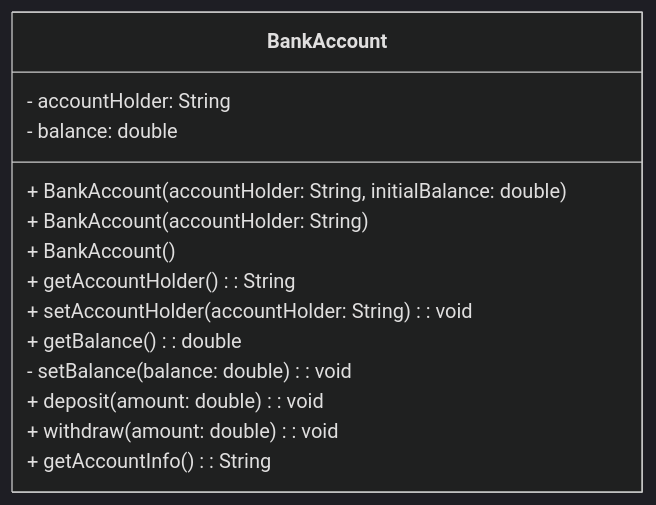
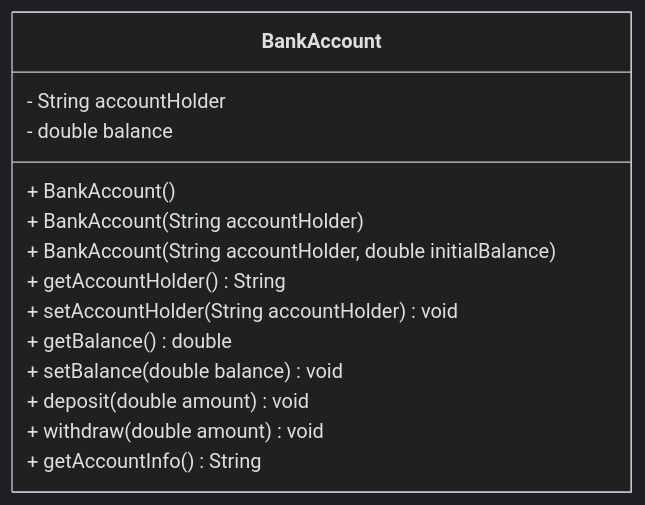
One commit to SMASobur/OOP1_exercises changed the diagram in src/main/java/exercise_1/ULM.mermaid. Above: the diagram before and after it, drawn with Mermaid (dark theme). The commit also changed 1 other file, not shown here.

```diff
--- a/src/main/java/exercise_1/ULM.mermaid
+++ b/src/main/java/exercise_1/ULM.mermaid
@@ -1,15 +1,15 @@
 classDiagram
     class BankAccount {
-        - accountHolder: String
-        - balance: double
-        + BankAccount(accountHolder: String, initialBalance: double)
-        + BankAccount(accountHolder: String)
+        - String accountHolder
+        - double balance
         + BankAccount()
-        + getAccountHolder(): String
-        + setAccountHolder(accountHolder: String): void
-        + getBalance(): double
-        - setBalance(balance: double): void
-        + deposit(amount: double): void
-        + withdraw(amount: double): void
-        + getAccountInfo(): String
+        + BankAccount(String accountHolder)
+        + BankAccount(String accountHolder, double initialBalance)
+        + getAccountHolder() String
+        + setAccountHolder(String accountHolder) void
+        + getBalance() double
+        + setBalance(double balance) void
+        + deposit(double amount) void
+        + withdraw(double amount) void
+        + getAccountInfo() String
     }
```
